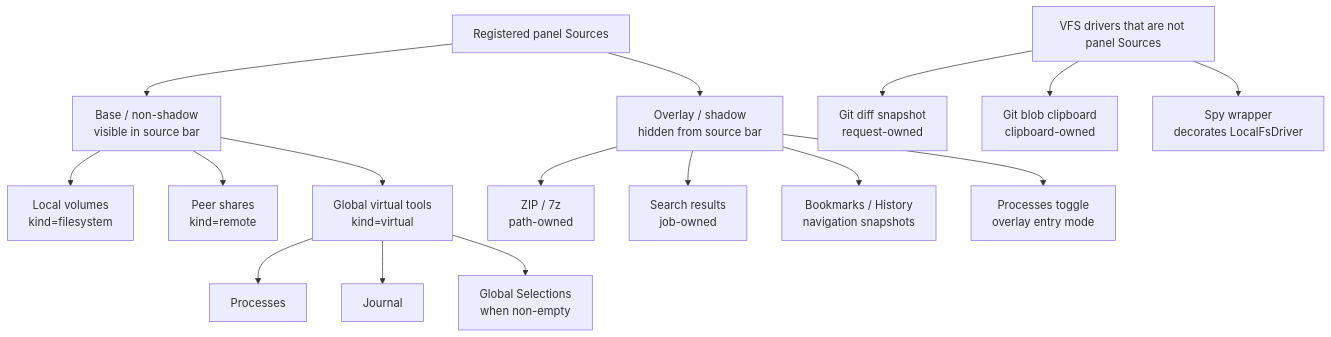
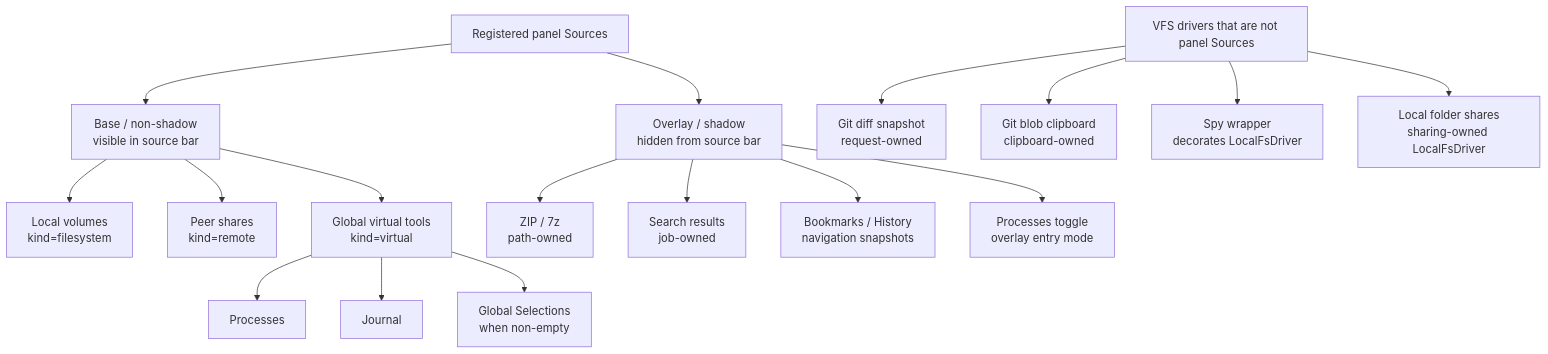
Before and after one commit to ktxed/fbro: the third of 5 diagrams in spex/sources.md, drawn with Mermaid. The commit also changed other lines of this file and 23 other files, not shown here.

First line of the commit message:
feat(remote): allow sharing arbitrary local folders

````diff
--- a/spex/sources.md
+++ b/spex/sources.md
@@ -170,23 +170,24 @@
 ```mermaid
 flowchart TD
     Root["Registered panel Sources"]
 
     Root --> Base["Base / non-shadow<br/>visible in source bar"]
     Base --> Local["Local volumes<br/>kind=filesystem"]
     Base --> Peer["Peer shares<br/>kind=remote"]
     Base --> Virtual["Global virtual tools<br/>kind=virtual"]
     Virtual --> Procs["Processes"]
     Virtual --> Journal["Journal"]
     Virtual --> GS["Global Selections<br/>when non-empty"]
 
     Root --> Overlay["Overlay / shadow<br/>hidden from source bar"]
     Overlay --> Archive["ZIP / 7z<br/>path-owned"]
     Overlay --> Search["Search results<br/>job-owned"]
     Overlay --> Navigation["Bookmarks / History<br/>navigation snapshots"]
     Overlay --> ProcsOverlay["Processes toggle<br/>overlay entry mode"]
 
     DriverOnly["VFS drivers that are not panel Sources"]
     DriverOnly --> GitDiff["Git diff snapshot<br/>request-owned"]
     DriverOnly --> GitBlob["Git blob clipboard<br/>clipboard-owned"]
     DriverOnly --> Spy["Spy wrapper<br/>decorates LocalFsDriver"]
+    DriverOnly --> SharedFolder["Local folder shares<br/>sharing-owned LocalFsDriver"]
 ```
````
